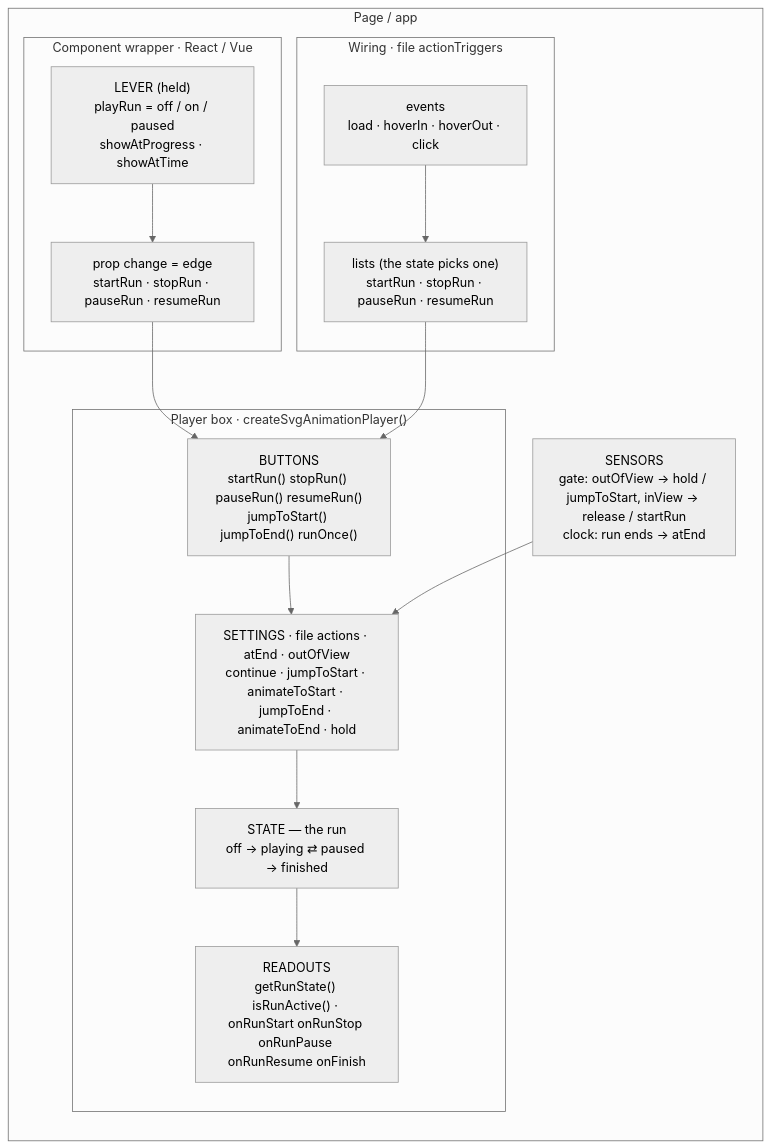
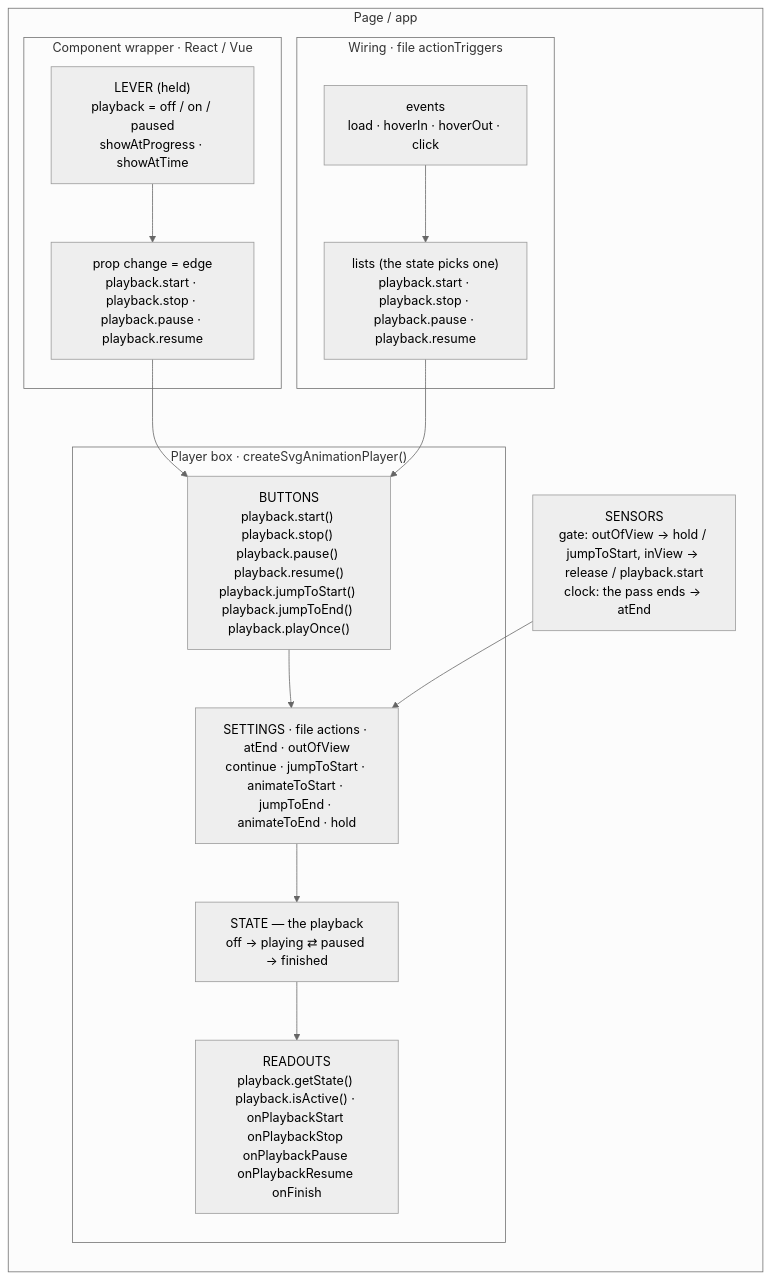
The first of 2 diagrams in dev-docs/plans/animation-state.brainstorm.md (pixodesk/pixodesk-svg-animator), drawn with Mermaid (neutral theme) before and after one commit. The commit also changed other lines of this file and 264 other files, not shown here.

Commit message:
Rename "run" to "playback": player.startRun() becomes player.playback.start(), files write "playback.start", and play()/pause() are removed

````diff
--- a/dev-docs/plans/animation-state.brainstorm.md
+++ b/dev-docs/plans/animation-state.brainstorm.md
@@ -142,27 +148,27 @@
 ```mermaid
 flowchart LR
   subgraph page["Page / app"]
     direction TB
     subgraph comp["Component wrapper · React / Vue"]
-      lever["LEVER (held)<br/>playRun = off / on / paused<br/>showAtProgress · showAtTime"]
-      diff["prop change = edge<br/>startRun · stopRun · pauseRun · resumeRun"]
+      lever["LEVER (held)<br/>playback = off / on / paused<br/>showAtProgress · showAtTime"]
+      diff["prop change = edge<br/>playback.start · playback.stop · playback.pause · playback.resume"]
       lever --> diff
     end
     subgraph wiring["Wiring · file actionTriggers"]
       ev["events<br/>load · hoverIn · hoverOut · click"]
-      lists["lists (the state picks one)<br/>startRun · stopRun · pauseRun · resumeRun"]
+      lists["lists (the state picks one)<br/>playback.start · playback.stop · playback.pause · playback.resume"]
       ev --> lists
     end
     subgraph box["Player box · createSvgAnimationPlayer()"]
-      buttons["BUTTONS<br/>startRun() stopRun() pauseRun() resumeRun()<br/>jumpToStart() jumpToEnd() runOnce()"]
+      buttons["BUTTONS<br/>playback.start() playback.stop() playback.pause() playback.resume()<br/>playback.jumpToStart() playback.jumpToEnd() playback.playOnce()"]
       settings["SETTINGS · file actions · atEnd · outOfView<br/>continue · jumpToStart · animateToStart · jumpToEnd · animateToEnd · hold"]
-      sm["STATE — the run<br/>off → playing ⇄ paused → finished"]
-      out["READOUTS<br/>getRunState() isRunActive() · onRunStart onRunStop onRunPause onRunResume onFinish"]
+      sm["STATE — the playback<br/>off → playing ⇄ paused → finished"]
+      out["READOUTS<br/>playback.getState() playback.isActive() · onPlaybackStart onPlaybackStop onPlaybackPause onPlaybackResume onFinish"]
       buttons --> settings --> sm --> out
     end
-    sensors["SENSORS<br/>gate: outOfView → hold / jumpToStart, inView → release / startRun<br/>clock: run ends → atEnd"]
+    sensors["SENSORS<br/>gate: outOfView → hold / jumpToStart, inView → release / playback.start<br/>clock: the pass ends → atEnd"]
   end
   diff --> buttons
   lists --> buttons
   sensors --> settings
 ```
````
